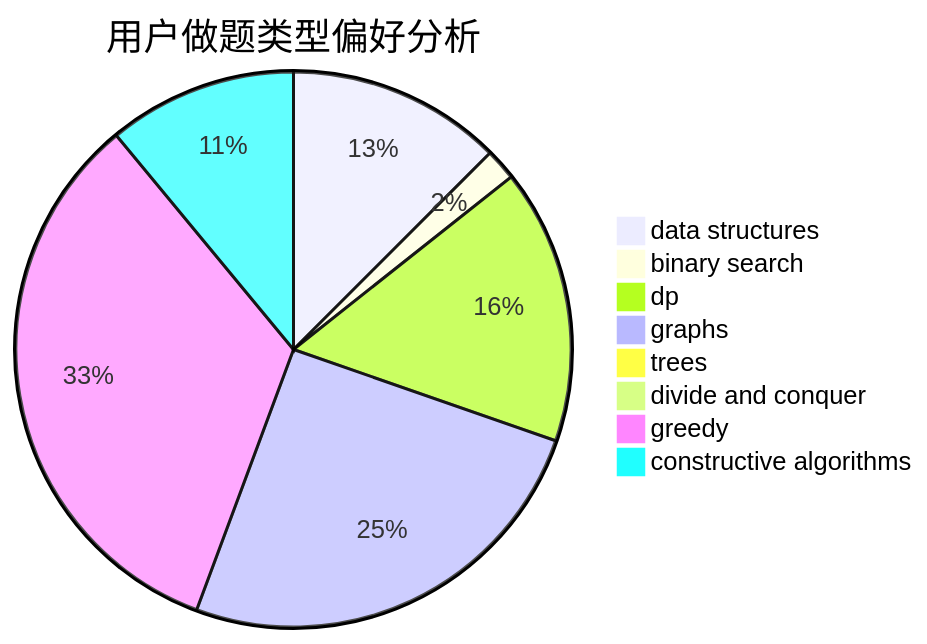
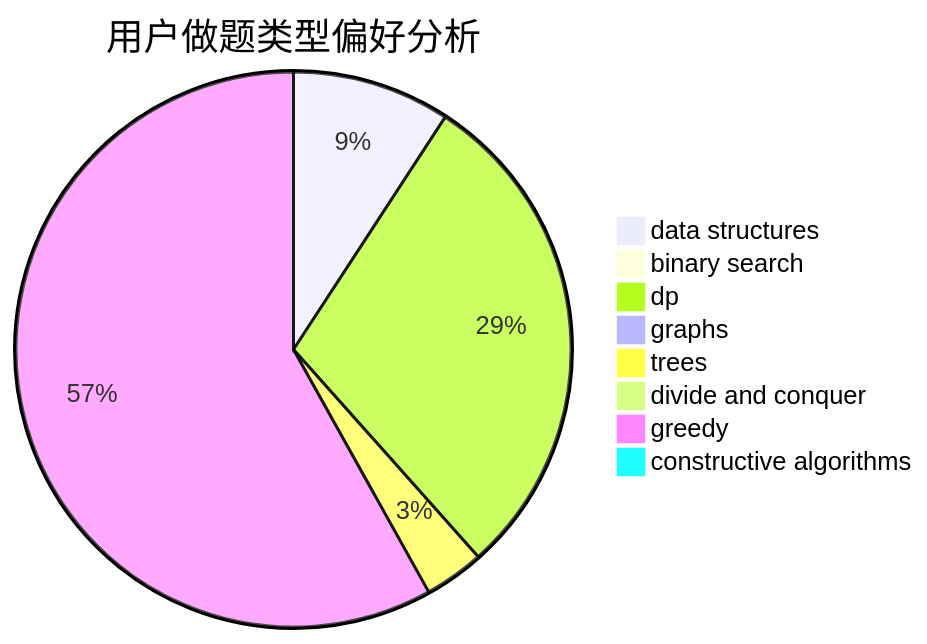
Before and after one commit to sherpahu/cfrs.github.io: the second of 3 diagrams in docs/user/u2093.md, drawn with Mermaid. The commit also changed other lines of this file and 2770 other files, not shown here.

````diff
--- a/docs/user/u2093.md
+++ b/docs/user/u2093.md
@@ -23,11 +23,11 @@
 ```mermaid
 pie title 用户做题类型偏好分析
-    "data structures" :  75
-    "binary search" :  11
-    "dp" :  96
-    "graphs" :  152
-    "trees" :  0
-    "divide and conquer" :  0
-    "greedy" :  200
-    "constructive algorithms" :  66
+    "data structures" :  58
+    "binary search" :  2
+    "dp" :  184
+    "graphs" :  0
+    "trees" :  22
+    "divide and conquer" :  2
+    "greedy" :  366
+    "constructive algorithms" :  6
 ```
````
